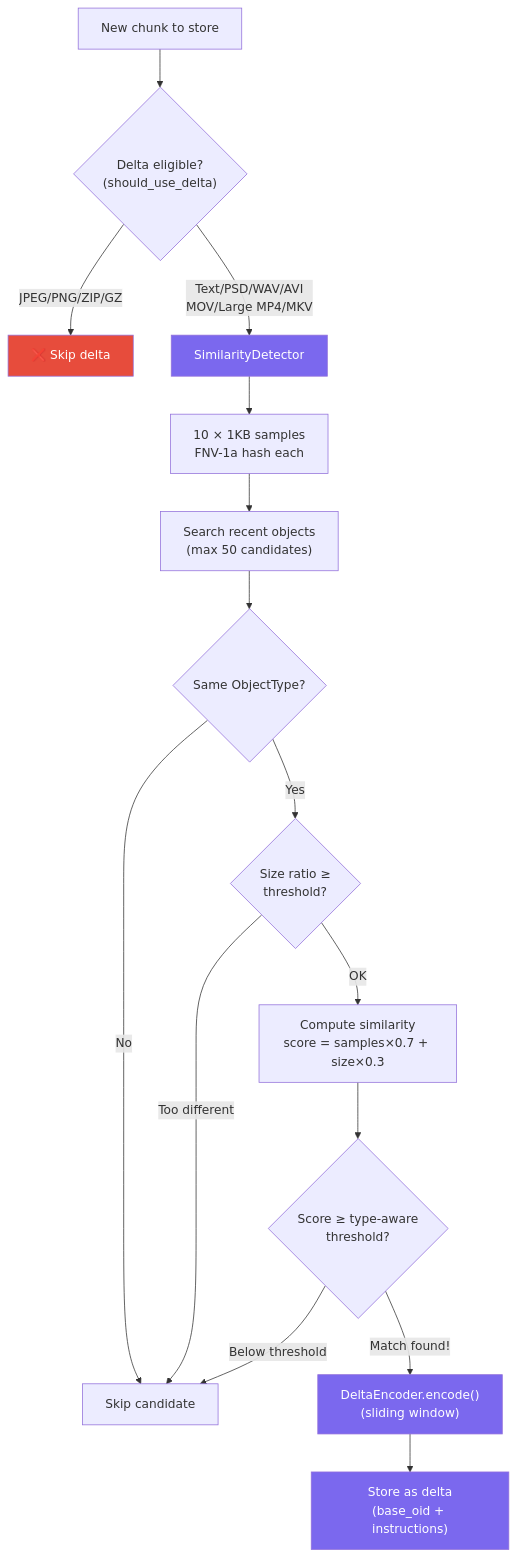
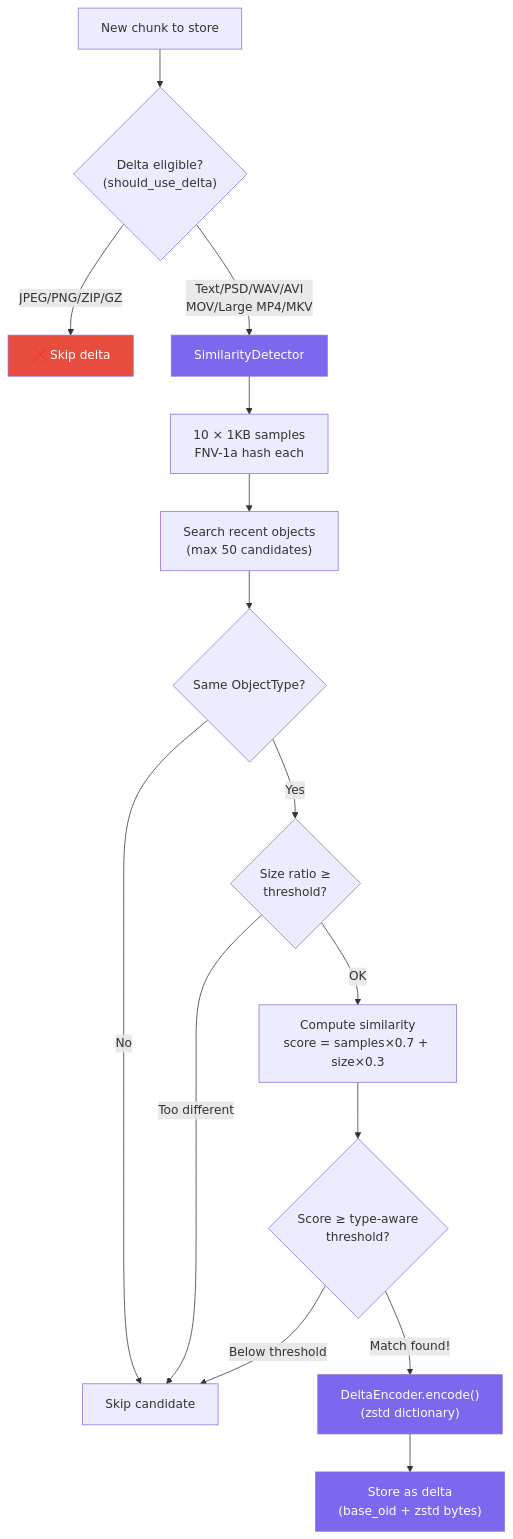
The sixth of 12 diagrams in ARCHITECTURE.md (winnyboy5/mediagit-core), drawn with Mermaid before and after one commit. The commit also changed other lines of this file and 60 other files, not shown here.

First line of the commit message:
Feat: http optimization & Zstd Dictionary (#53)

````diff
--- a/ARCHITECTURE.md
+++ b/ARCHITECTURE.md
@@ -431,22 +429,22 @@
 ```mermaid
 graph TD
     A["New chunk to store"] --> B{"Delta eligible?<br/>(should_use_delta)"}
     B -->|"JPEG/PNG/ZIP/GZ"| C["❌ Skip delta"]
     B -->|"Text/PSD/WAV/AVI<br/>MOV/Large MP4/MKV"| D["SimilarityDetector"]
     D --> E["10 × 1KB samples<br/>FNV-1a hash each"]
     E --> F["Search recent objects<br/>(max 50 candidates)"]
     F --> G{"Same ObjectType?"}
     G -->|No| H["Skip candidate"]
     G -->|Yes| I{"Size ratio ≥<br/>threshold?"}
     I -->|"Too different"| H
     I -->|OK| J["Compute similarity<br/>score = samples×0.7 + size×0.3"]
     J --> K{"Score ≥ type-aware<br/>threshold?"}
     K -->|"Below threshold"| H
-    K -->|"Match found!"| L["DeltaEncoder.encode()<br/>(sliding window)"]
-    L --> M["Store as delta<br/>(base_oid + instructions)"]
+    K -->|"Match found!"| L["DeltaEncoder.encode()<br/>(zstd dictionary)"]
+    L --> M["Store as delta<br/>(base_oid + zstd bytes)"]
 
     style D fill:#7B68EE,color:#fff
     style L fill:#7B68EE,color:#fff
     style M fill:#7B68EE,color:#fff
     style C fill:#e74c3c,color:#fff
 ```
````
